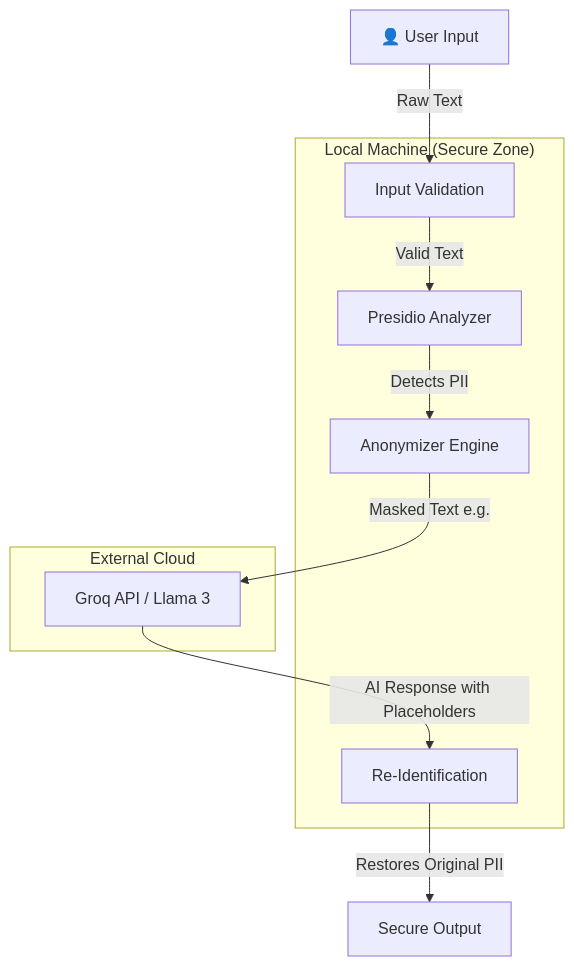
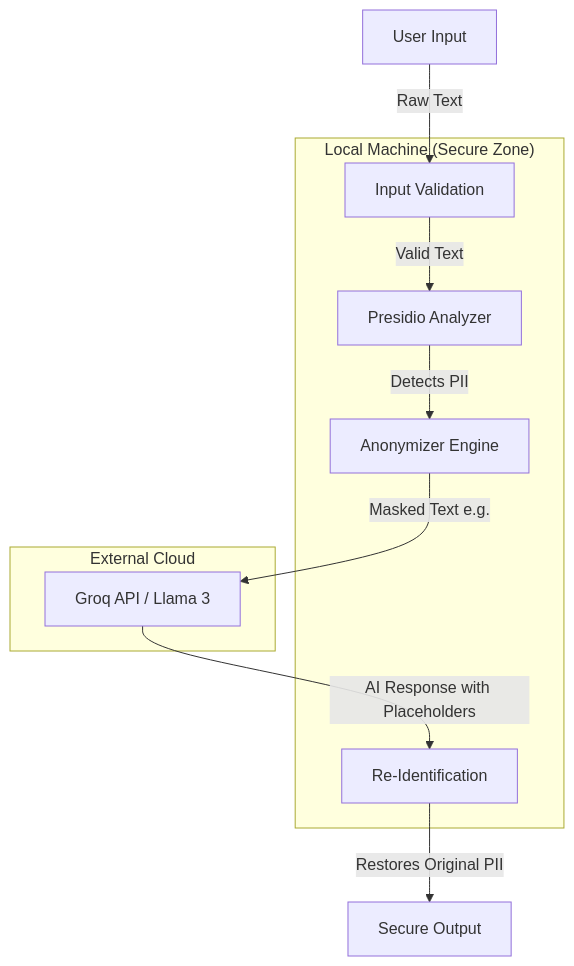
The first of 2 diagrams in README.md (seniru-ekanayake/secure-ai-gateway), drawn with Mermaid before and after one commit. The commit also changed other lines of this file, not shown here.

````diff
--- a/README.md
+++ b/README.md
@@ -43,20 +43,20 @@
 ```mermaid
 graph TD
-    User[👤 User Input] -->|Raw Text| Bouncer[Input Validation]
+    User[User Input] -->|Raw Text| Bouncer[Input Validation]
     Bouncer -->|Valid Text| Bodyguard[Presidio Analyzer]
     Bodyguard -->|Detects PII| Anonymizer[Anonymizer Engine]
     Anonymizer -->|Masked Text e.g. <PERSON>| Cloud[Groq API / Llama 3]
     Cloud -->|AI Response with Placeholders| Unmasker[Re-Identification]
     Unmasker -->|Restores Original PII| Final[Secure Output]
     
     subgraph "Local Machine (Secure Zone)"
     Bouncer
     Bodyguard
     Anonymizer
     Unmasker
     end
     
     subgraph "External Cloud"
     Cloud
     end
 ```
````
